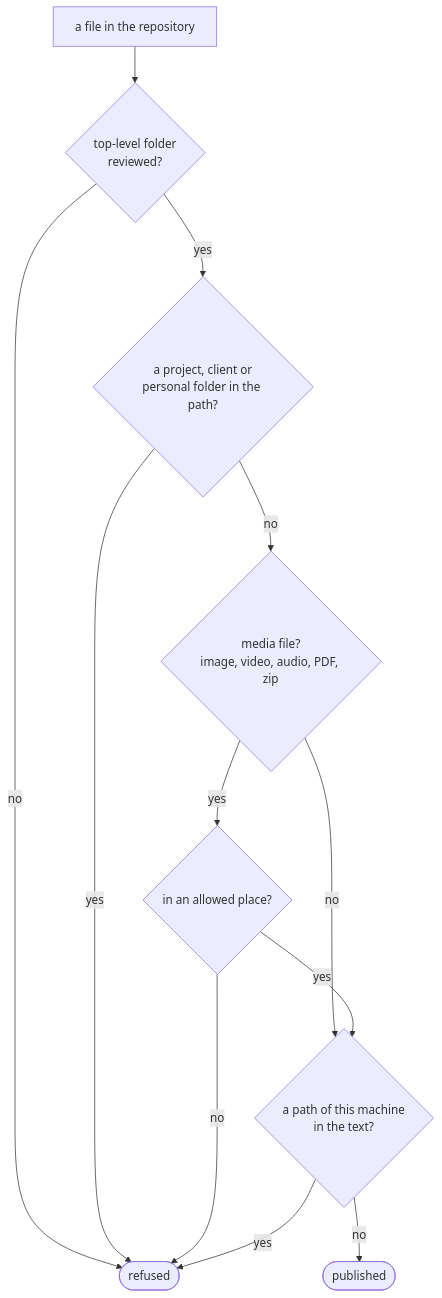
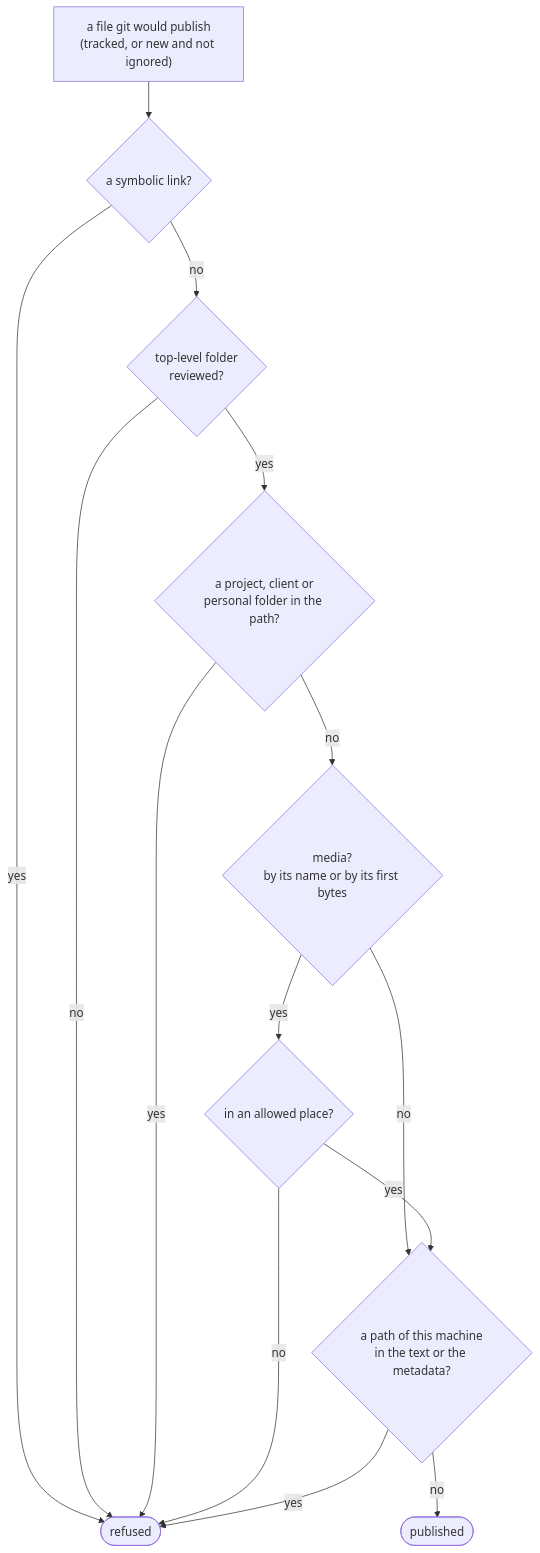
The second of 2 diagrams in tools/README.md (rniedson/higgsfield-director-pro-skill), drawn with Mermaid before and after one commit. The commit also changed other lines of this file and 22 other files, not shown here.

````diff
--- a/tools/README.md
+++ b/tools/README.md
@@ -36,14 +36,16 @@
 ```mermaid
 flowchart TD
-    F[a file in the repository] --> L{top-level folder<br/>reviewed?}
-    L -- no --> X([refused])
+    F["a file git would publish<br/>(tracked, or new and not ignored)"] --> SL{a symbolic link?}
+    SL -- yes --> X([refused])
+    SL -- no --> L{top-level folder<br/>reviewed?}
+    L -- no --> X
     L -- yes --> P{"a project, client or<br/>personal folder in the path?"}
     P -- yes --> X
-    P -- no --> MD{media file?<br/>image, video, audio, PDF, zip}
-    MD -- no --> TX{"a path of this machine<br/>in the text?"}
+    P -- no --> MD{"media?<br/>by its name or by its first bytes"}
+    MD -- no --> TX{"a path of this machine<br/>in the text or the metadata?"}
     MD -- yes --> AL{in an allowed place?}
     AL -- no --> X
     AL -- yes --> TX
     TX -- yes --> X
     TX -- no --> OK([published])
 ```
````
